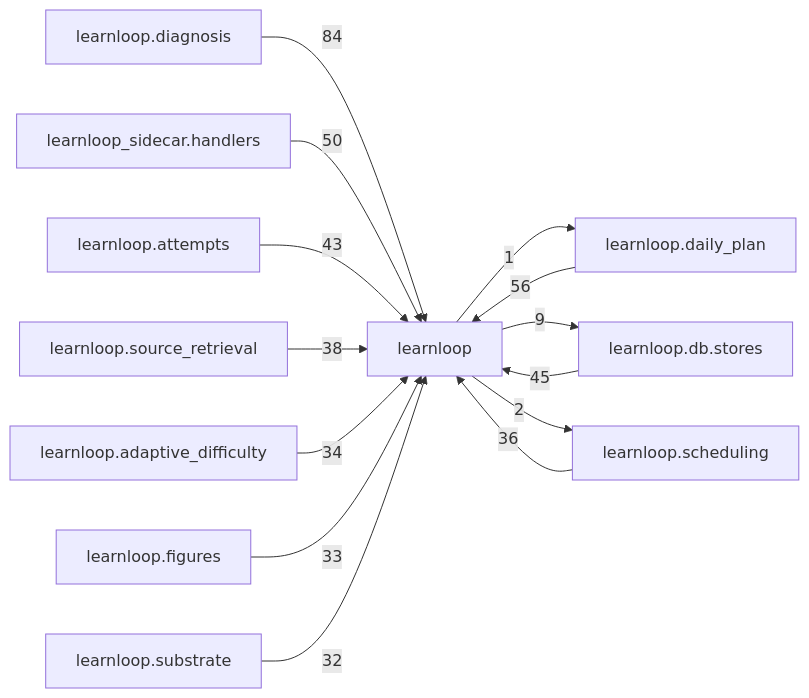
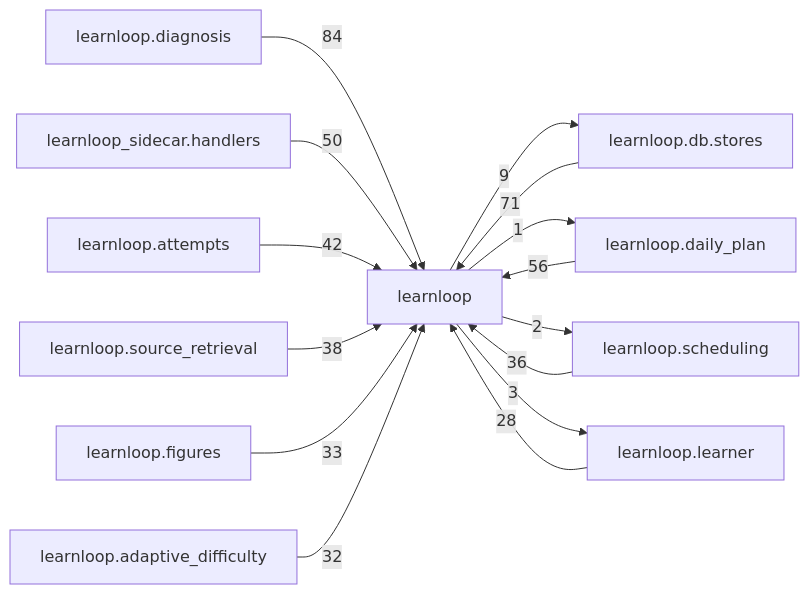
The diagram in docs/learnloop-architecture-vault/Reference/Modules/learnloop/_package.md (6up-b/learnanything), drawn with Mermaid before and after one commit. The commit also changed other lines of this file and 258 other files, not shown here.

````diff
--- a/docs/learnloop-architecture-vault/Reference/Modules/learnloop/_package.md
+++ b/docs/learnloop-architecture-vault/Reference/Modules/learnloop/_package.md
@@ -259,27 +259,28 @@
 ```mermaid
 flowchart LR
     center["learnloop"]
     n_learnloop_diagnosis["learnloop.diagnosis"]
+    n_learnloop_db_stores["learnloop.db.stores"]
     n_learnloop_daily_plan["learnloop.daily_plan"]
-    n_learnloop_db_stores["learnloop.db.stores"]
     n_learnloop_sidecar_handlers["learnloop_sidecar.handlers"]
     n_learnloop_attempts["learnloop.attempts"]
     n_learnloop_scheduling["learnloop.scheduling"]
     n_learnloop_source_retrieval["learnloop.source_retrieval"]
+    n_learnloop_figures["learnloop.figures"]
     n_learnloop_adaptive_difficulty["learnloop.adaptive_difficulty"]
-    n_learnloop_figures["learnloop.figures"]
-    n_learnloop_substrate["learnloop.substrate"]
+    n_learnloop_learner["learnloop.learner"]
     n_learnloop_diagnosis -->|84| center
+    n_learnloop_db_stores -->|71| center
+    center -->|9| n_learnloop_db_stores
     n_learnloop_daily_plan -->|56| center
     center -->|1| n_learnloop_daily_plan
-    n_learnloop_db_stores -->|45| center
-    center -->|9| n_learnloop_db_stores
     n_learnloop_sidecar_handlers -->|50| center
-    n_learnloop_attempts -->|43| center
+    n_learnloop_attempts -->|42| center
     n_learnloop_scheduling -->|36| center
     center -->|2| n_learnloop_scheduling
     n_learnloop_source_retrieval -->|38| center
-    n_learnloop_adaptive_difficulty -->|34| center
     n_learnloop_figures -->|33| center
-    n_learnloop_substrate -->|32| center
+    n_learnloop_adaptive_difficulty -->|32| center
+    n_learnloop_learner -->|28| center
+    center -->|3| n_learnloop_learner
 ```
````
